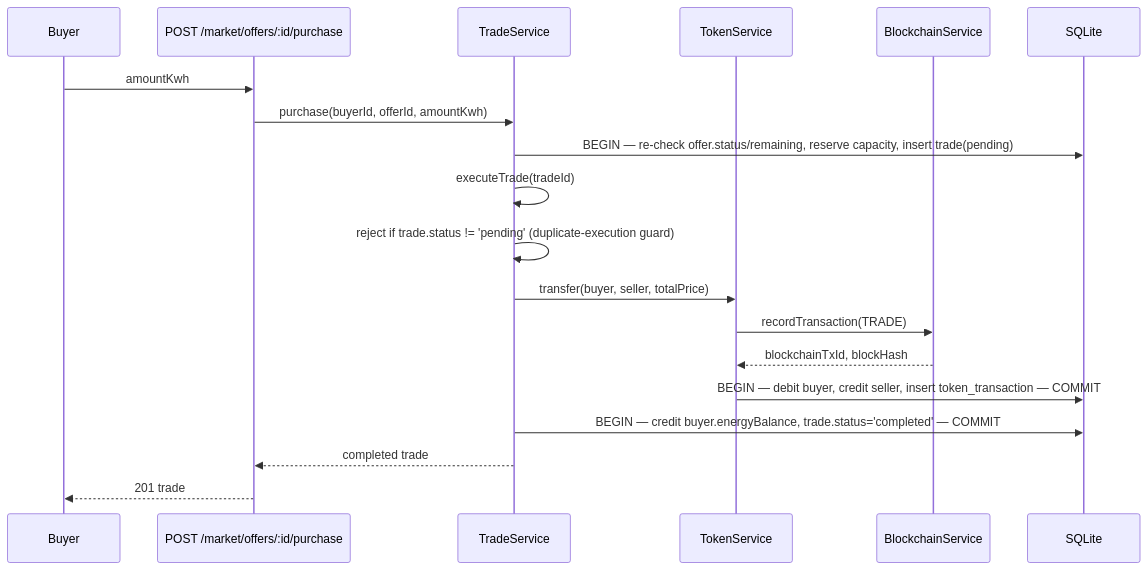
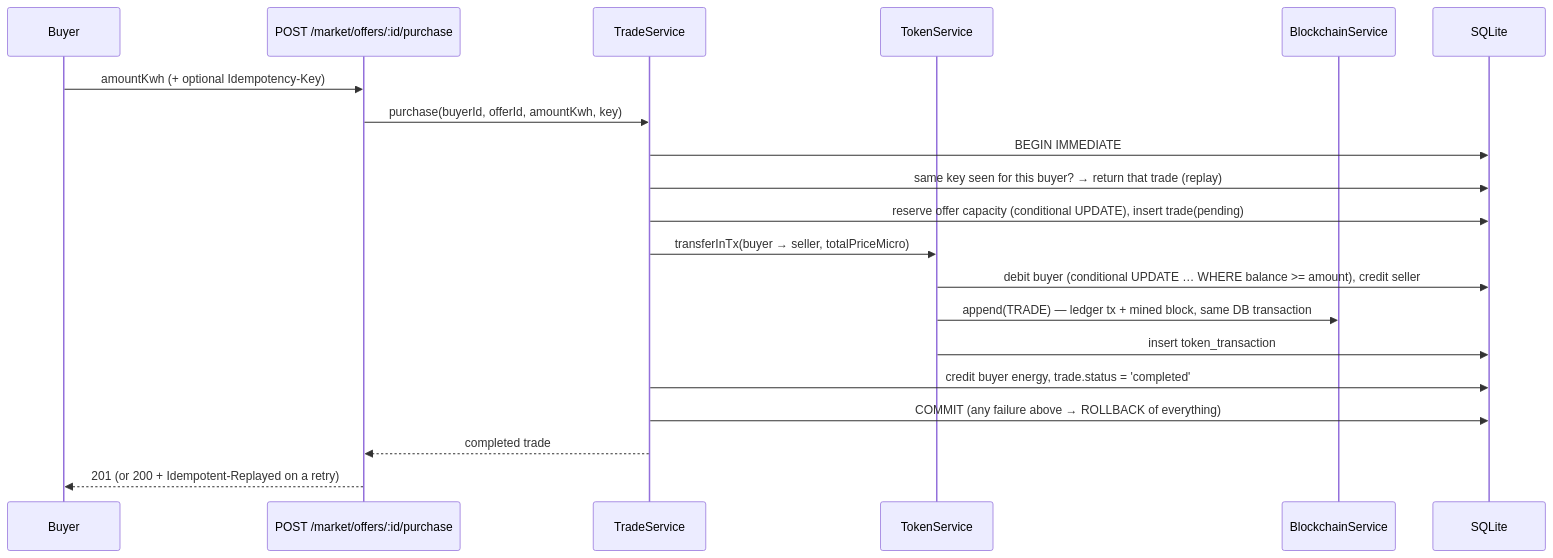
Before and after one commit to khaoula-mechria/green-wallet: the second of 3 diagrams in docs/ARCHITECTURE.md, drawn with Mermaid. The commit also changed other lines of this file and 43 other files, not shown here.

````diff
--- a/docs/ARCHITECTURE.md
+++ b/docs/ARCHITECTURE.md
@@ -61,22 +70,23 @@
 ```mermaid
 sequenceDiagram
     participant Buyer
     participant API as POST /market/offers/:id/purchase
     participant Trade as TradeService
     participant Token as TokenService
     participant Chain as BlockchainService
     participant DB as SQLite
 
-    Buyer->>API: amountKwh
-    API->>Trade: purchase(buyerId, offerId, amountKwh)
-    Trade->>DB: BEGIN — re-check offer.status/remaining, reserve capacity, insert trade(pending)
-    Trade->>Trade: executeTrade(tradeId)
-    Trade->>Trade: reject if trade.status != 'pending' (duplicate-execution guard)
-    Trade->>Token: transfer(buyer, seller, totalPrice)
-    Token->>Chain: recordTransaction(TRADE)
-    Chain-->>Token: blockchainTxId, blockHash
-    Token->>DB: BEGIN — debit buyer, credit seller, insert token_transaction — COMMIT
-    Trade->>DB: BEGIN — credit buyer.energyBalance, trade.status='completed' — COMMIT
+    Buyer->>API: amountKwh (+ optional Idempotency-Key)
+    API->>Trade: purchase(buyerId, offerId, amountKwh, key)
+    Trade->>DB: BEGIN IMMEDIATE
+    Trade->>DB: same key seen for this buyer? → return that trade (replay)
+    Trade->>DB: reserve offer capacity (conditional UPDATE), insert trade(pending)
+    Trade->>Token: transferInTx(buyer → seller, totalPriceMicro)
+    Token->>DB: debit buyer (conditional UPDATE … WHERE balance >= amount), credit seller
+    Token->>Chain: append(TRADE) — ledger tx + mined block, same DB transaction
+    Token->>DB: insert token_transaction
+    Trade->>DB: credit buyer energy, trade.status = 'completed'
+    Trade->>DB: COMMIT (any failure above → ROLLBACK of everything)
     Trade-->>API: completed trade
-    API-->>Buyer: 201 trade
+    API-->>Buyer: 201 (or 200 + Idempotent-Replayed on a retry)
 ```
````
